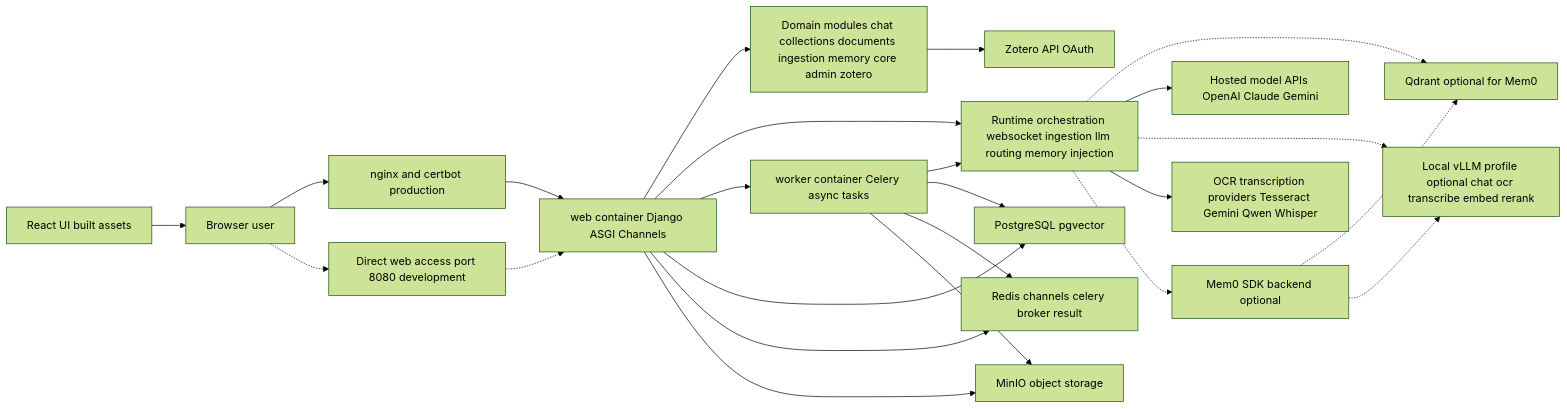
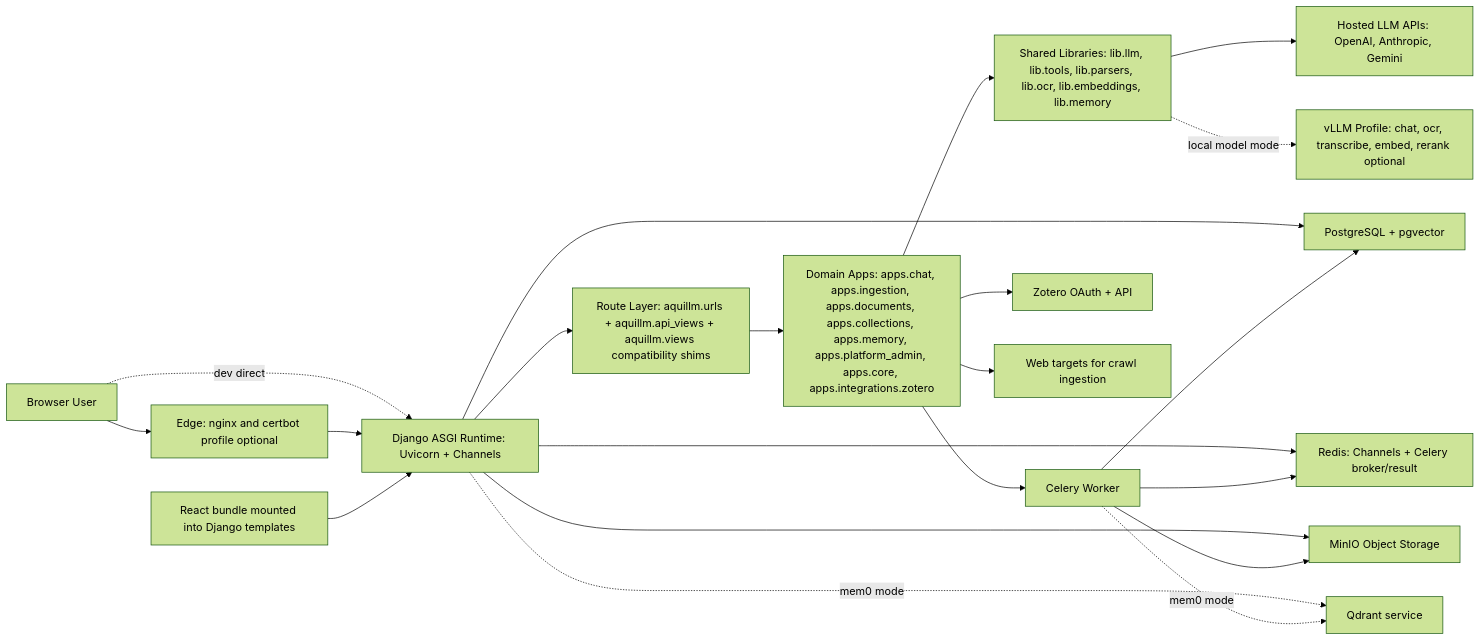
Before and after one commit to AquiLLM/AquiLLM: the first of 4 diagrams in docs/architecture/aquillm-current-architecture-mermaid.md, drawn with Mermaid (forest theme). The commit also changed other lines of this file and 1 other file, not shown here.

Commit message:
Add documentation for architecture and code styles

````diff
--- a/docs/architecture/aquillm-current-architecture-mermaid.md
+++ b/docs/architecture/aquillm-current-architecture-mermaid.md
@@ -7,60 +9,46 @@
 ```mermaid
 flowchart LR
-  U[Browser user]
-  FE[React UI built assets]
-  ZOT[Zotero API OAuth]
+  User[Browser User]
+  Edge[Edge: nginx and certbot profile optional]
+  Django[Django ASGI Runtime: Uvicorn + Channels]
+  Router[Route Layer: aquillm.urls + aquillm.api_views + aquillm.views compatibility shims]
+  Domain[Domain Apps: apps.chat, apps.ingestion, apps.documents, apps.collections, apps.memory, apps.platform_admin, apps.core, apps.integrations.zotero]
+  Lib[Shared Libraries: lib.llm, lib.tools, lib.parsers, lib.ocr, lib.embeddings, lib.memory]
+  Worker[Celery Worker]
 
-  %% Edge / ingress
-  NGINX[nginx and certbot production]
-  DEV[Direct web access port 8080 development]
+  Postgres[PostgreSQL + pgvector]
+  Redis[Redis: Channels + Celery broker/result]
+  MinIO[MinIO Object Storage]
+  Qdrant[Qdrant service]
 
-  %% App runtime
-  WEB[web container Django ASGI Channels]
-  WORKER[worker container Celery async tasks]
-  MODS[Domain modules chat collections documents ingestion memory core admin zotero]
-  ORCH[Runtime orchestration websocket ingestion llm routing memory injection]
+  Hosted[Hosted LLM APIs: OpenAI, Anthropic, Gemini]
+  VLLM[vLLM Profile: chat, ocr, transcribe, embed, rerank optional]
+  Zotero[Zotero OAuth + API]
+  WebTargets[Web targets for crawl ingestion]
 
-  %% Data / infra
-  PG[PostgreSQL pgvector]
-  REDIS[Redis channels celery broker result]
-  MINIO[MinIO object storage]
-  QDRANT[Qdrant optional for Mem0]
+  React[React bundle mounted into Django templates]
 
-  %% AI integrations
-  HOSTED[Hosted model APIs OpenAI Claude Gemini]
-  VLLM[Local vLLM profile optional chat ocr transcribe embed rerank]
-  OCR[OCR transcription providers Tesseract Gemini Qwen Whisper]
-  MEM0[Mem0 SDK backend optional]
+  User --> Edge
+  User -. dev direct .-> Django
+  Edge --> Django
+  Django --> Router
+  Router --> Domain
+  Domain --> Lib
+  Domain --> Worker
 
-  %% Core request paths
-  FE --> U
-  U --> NGINX
-  U -.-> DEV
-  NGINX --> WEB
-  DEV -.-> WEB
+  Django --> Postgres
+  Django --> Redis
+  Django --> MinIO
+  Django -. mem0 mode .-> Qdrant
 
-  WEB --> MODS
-  WEB --> ORCH
-  WEB --> WORKER
-  WORKER --> ORCH
+  Worker --> Postgres
+  Worker --> Redis
+  Worker --> MinIO
+  Worker -. mem0 mode .-> Qdrant
 
-  %% App to data
-  WEB --> PG
-  WEB --> REDIS
-  WEB --> MINIO
-  WORKER --> PG
-  WORKER --> REDIS
-  WORKER --> MINIO
-  ORCH -.-> QDRANT
-
-  %% App to AI
-  ORCH --> HOSTED
-  ORCH -.-> VLLM
-  ORCH --> OCR
-  ORCH -.-> MEM0
-  MEM0 -.-> QDRANT
-  MEM0 -.-> VLLM
-
-  %% External integration
-  MODS --> ZOT
+  Lib --> Hosted
+  Lib -. local model mode .-> VLLM
+  Domain --> Zotero
+  Domain --> WebTargets
+  React --> Django
 ```
````
